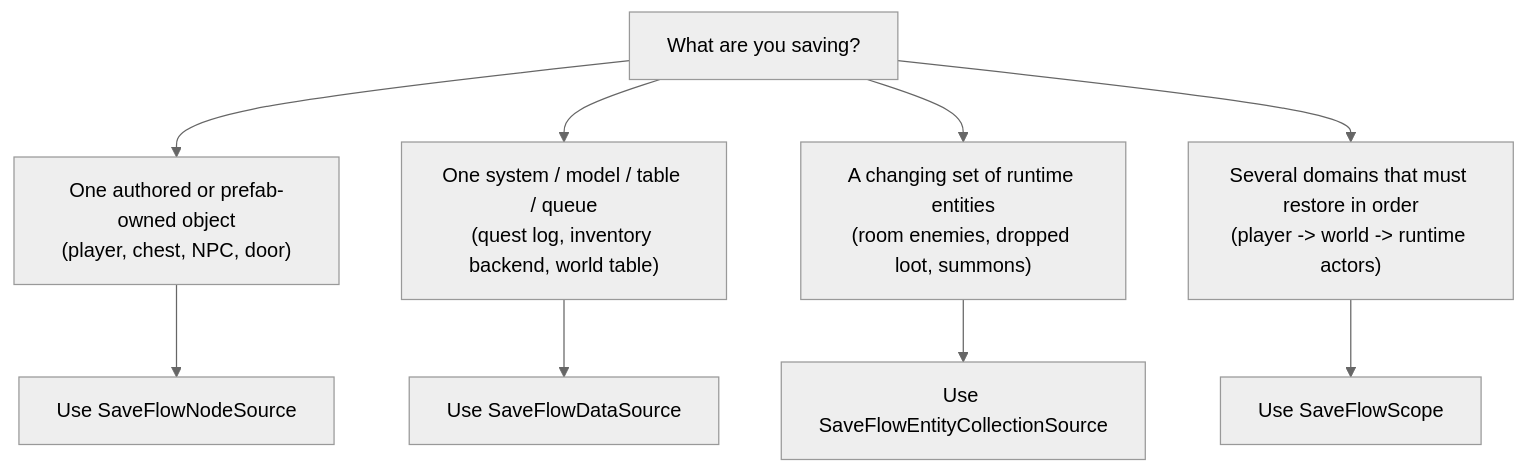
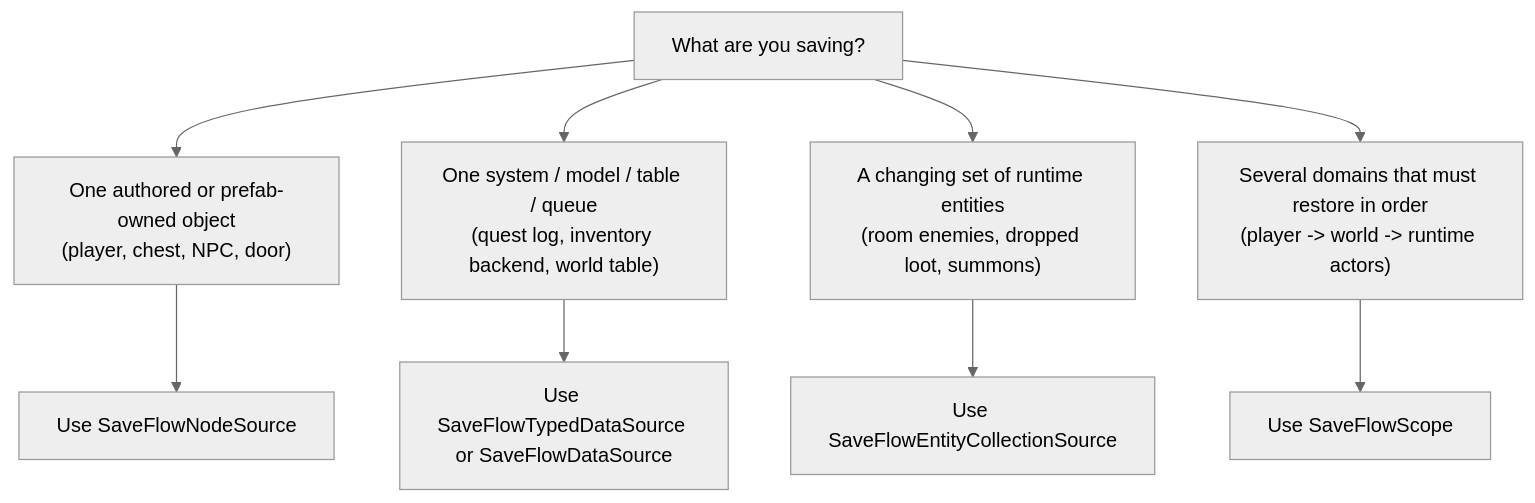
One commit to Zoroiscrying/saveflow-lite changed the first of 2 diagrams in addons/saveflow_lite/docs/saveflow-quick-selection-map.md. Above: the diagram before and after it, drawn with Mermaid (neutral theme). The commit also changed other lines of this file and 82 other files, not shown here.

````diff
--- a/addons/saveflow_lite/docs/saveflow-quick-selection-map.md
+++ b/addons/saveflow_lite/docs/saveflow-quick-selection-map.md
@@ -18,12 +19,12 @@
 ```mermaid
 flowchart TD
     A["What are you saving?"] --> B["One authored or prefab-owned object<br/>(player, chest, NPC, door)"]
     A --> C["One system / model / table / queue<br/>(quest log, inventory backend, world table)"]
     A --> D["A changing set of runtime entities<br/>(room enemies, dropped loot, summons)"]
     A --> E["Several domains that must restore in order<br/>(player -> world -> runtime actors)"]
 
     B --> B2["Use SaveFlowNodeSource"]
-    C --> C2["Use SaveFlowDataSource"]
+    C --> C2["Use SaveFlowTypedDataSource or SaveFlowDataSource"]
     D --> D2["Use SaveFlowEntityCollectionSource"]
     E --> E2["Use SaveFlowScope"]
 ```
````
